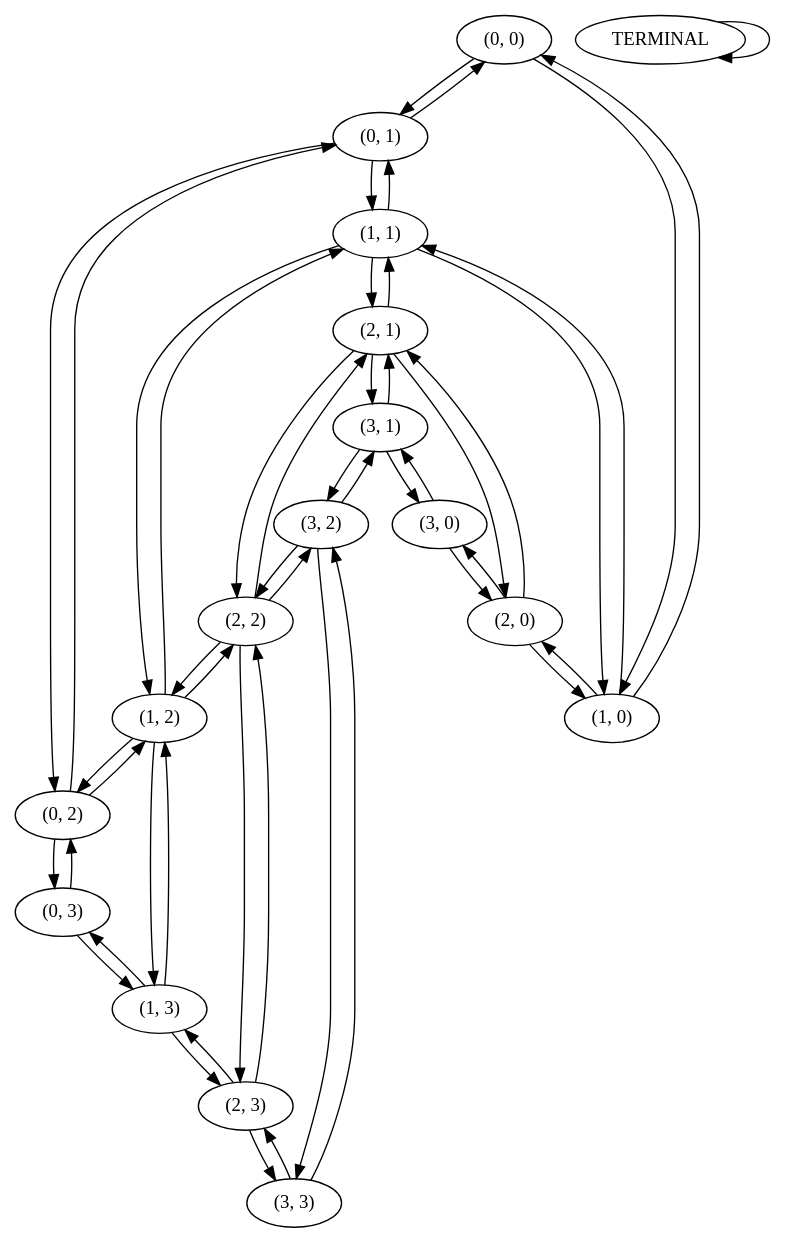
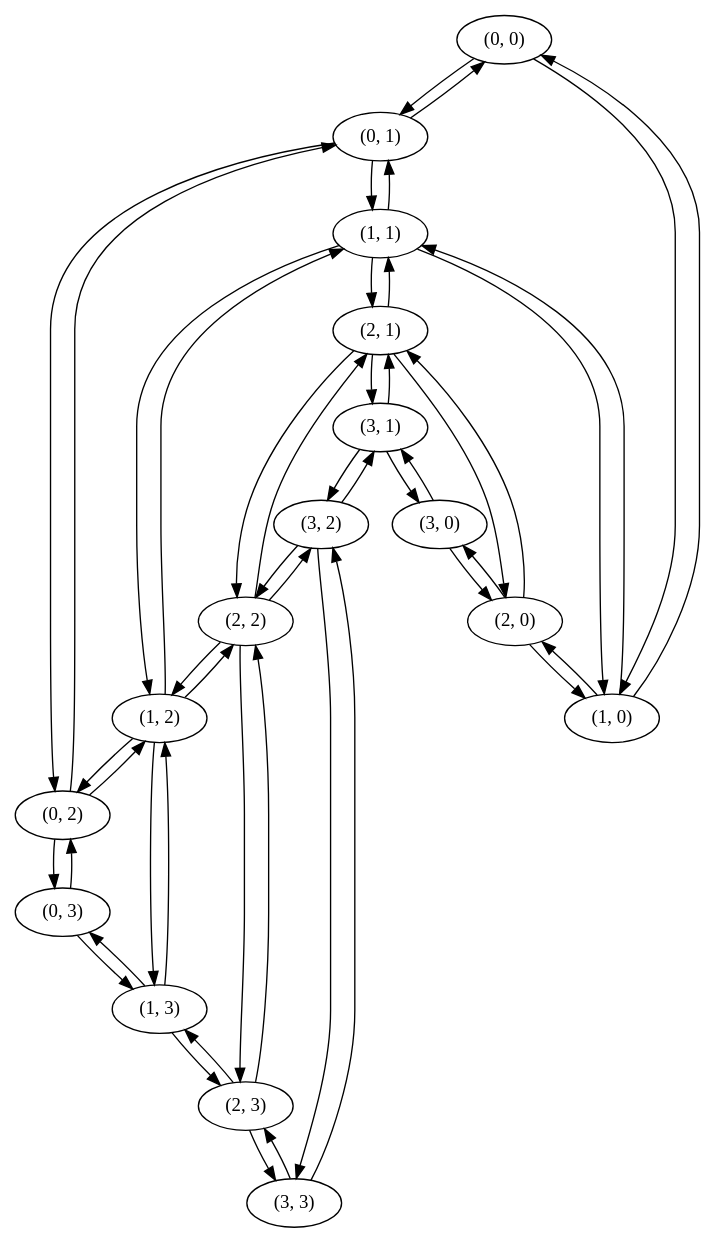
The diagram in mdps/gridworld_empty_4x4.gv (gladstoneai/POWERplay), drawn with Graphviz before and after one commit. The commit also changed 20 other files, not shown here.

```diff
--- a/mdps/gridworld_empty_4x4.gv
+++ b/mdps/gridworld_empty_4x4.gv
@@ -1,68 +1,66 @@
 digraph  {
 "(0, 0)";
 "(0, 1)";
 "(1, 0)";
 "(0, 2)";
 "(1, 1)";
 "(0, 3)";
 "(1, 2)";
 "(1, 3)";
 "(2, 0)";
 "(2, 1)";
 "(2, 2)";
 "(2, 3)";
 "(3, 0)";
 "(3, 1)";
 "(3, 2)";
 "(3, 3)";
-TERMINAL;
 "(0, 0)" -> "(0, 1)";
 "(0, 0)" -> "(1, 0)";
 "(0, 1)" -> "(0, 0)";
 "(0, 1)" -> "(0, 2)";
 "(0, 1)" -> "(1, 1)";
 "(1, 0)" -> "(0, 0)";
 "(1, 0)" -> "(1, 1)";
 "(1, 0)" -> "(2, 0)";
 "(0, 2)" -> "(0, 1)";
 "(0, 2)" -> "(0, 3)";
 "(0, 2)" -> "(1, 2)";
 "(1, 1)" -> "(0, 1)";
 "(1, 1)" -> "(1, 0)";
 "(1, 1)" -> "(1, 2)";
 "(1, 1)" -> "(2, 1)";
 "(0, 3)" -> "(0, 2)";
 "(0, 3)" -> "(1, 3)";
 "(1, 2)" -> "(0, 2)";
 "(1, 2)" -> "(1, 1)";
 "(1, 2)" -> "(1, 3)";
 "(1, 2)" -> "(2, 2)";
 "(1, 3)" -> "(0, 3)";
 "(1, 3)" -> "(1, 2)";
 "(1, 3)" -> "(2, 3)";
 "(2, 0)" -> "(1, 0)";
 "(2, 0)" -> "(2, 1)";
 "(2, 0)" -> "(3, 0)";
 "(2, 1)" -> "(1, 1)";
 "(2, 1)" -> "(2, 0)";
 "(2, 1)" -> "(2, 2)";
 "(2, 1)" -> "(3, 1)";
 "(2, 2)" -> "(1, 2)";
 "(2, 2)" -> "(2, 1)";
 "(2, 2)" -> "(2, 3)";
 "(2, 2)" -> "(3, 2)";
 "(2, 3)" -> "(1, 3)";
 "(2, 3)" -> "(2, 2)";
 "(2, 3)" -> "(3, 3)";
 "(3, 0)" -> "(2, 0)";
 "(3, 0)" -> "(3, 1)";
 "(3, 1)" -> "(2, 1)";
 "(3, 1)" -> "(3, 0)";
 "(3, 1)" -> "(3, 2)";
 "(3, 2)" -> "(2, 2)";
 "(3, 2)" -> "(3, 1)";
 "(3, 2)" -> "(3, 3)";
 "(3, 3)" -> "(2, 3)";
 "(3, 3)" -> "(3, 2)";
-TERMINAL -> TERMINAL;
 }
```
